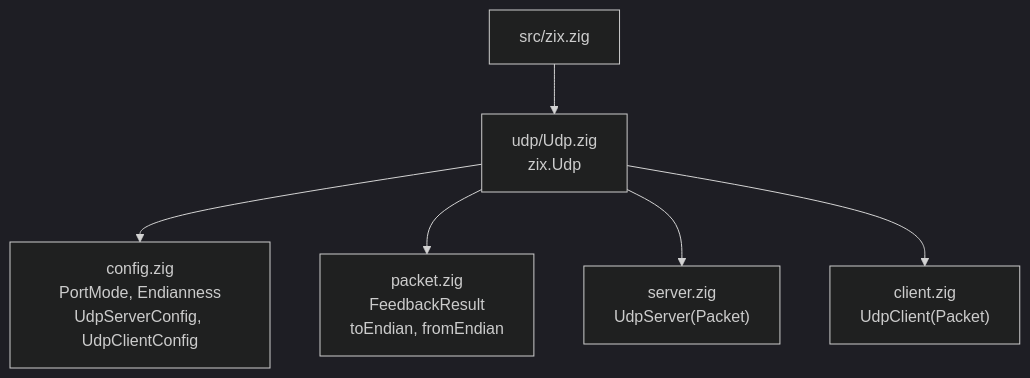
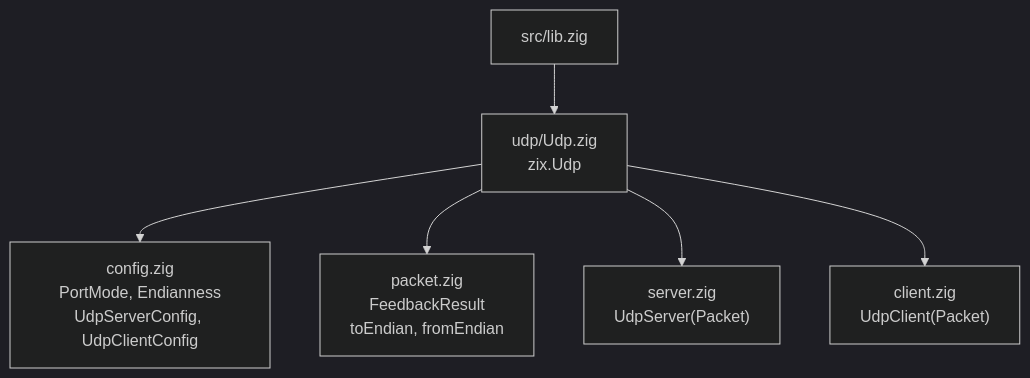
The third of 5 diagrams in docs/hld-udp-en.md (prothegee/zix), drawn with Mermaid (dark theme) before and after one commit.

Commit message:
Doc hld-udp-en: root file path to lib.zig

````diff
--- a/docs/hld-udp-en.md
+++ b/docs/hld-udp-en.md
@@ -76,9 +76,9 @@
 ```mermaid
 graph TD
-    zix["src/zix.zig"] --> Udp["udp/Udp.zig\nzix.Udp"]
+    zix["src/lib.zig"] --> Udp["udp/Udp.zig\nzix.Udp"]
 
     Udp --> config["config.zig\nPortMode, Endianness\nUdpServerConfig, UdpClientConfig"]
     Udp --> packet["packet.zig\nFeedbackResult\ntoEndian, fromEndian"]
     Udp --> server["server.zig\nUdpServer(Packet)"]
     Udp --> client["client.zig\nUdpClient(Packet)"]
 ```
````
